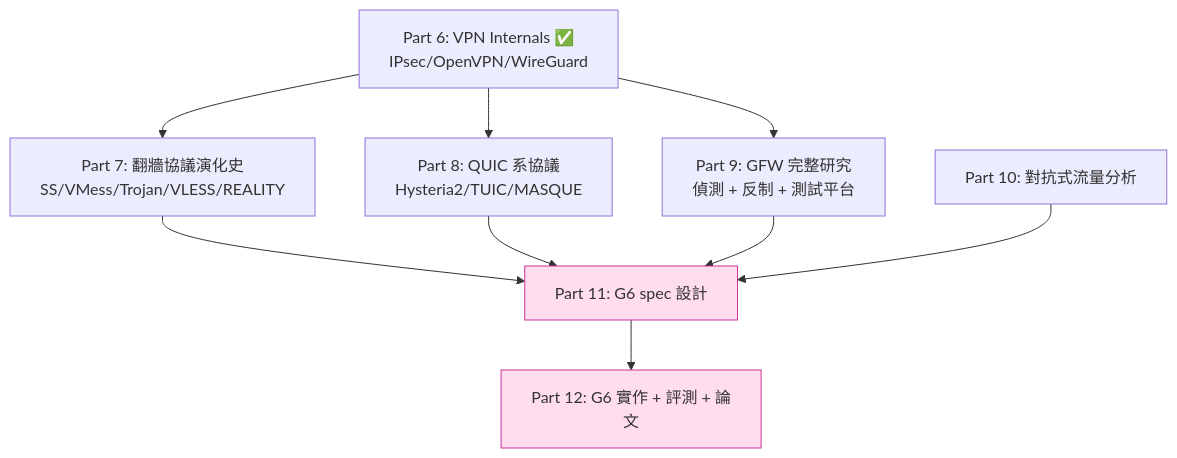
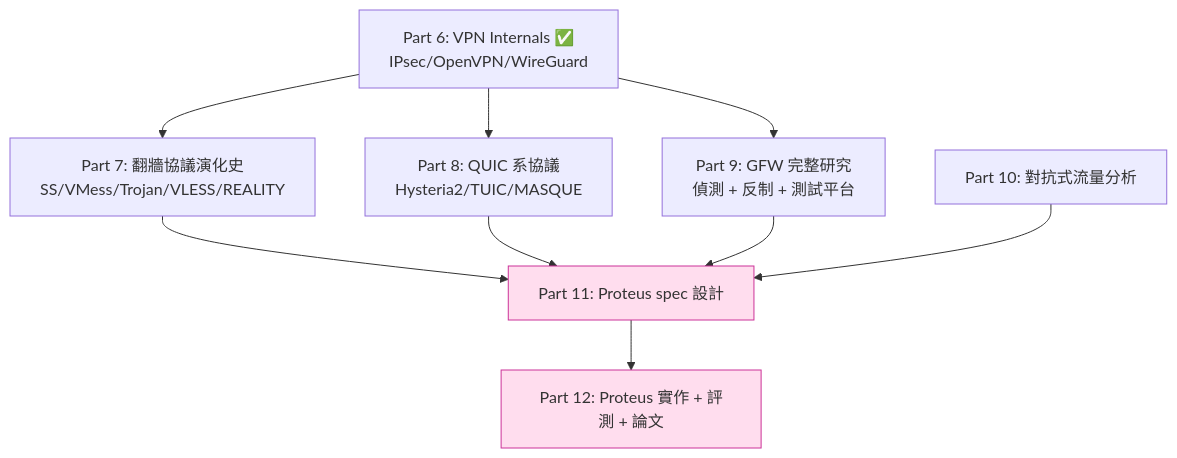
The diagram in lessons/part-6-vpn-internals/6.10-wireguard-lessons-for-our-protocol.md (Icarus603/network-from-scratch), drawn with Mermaid before and after one commit. The commit also changed other lines of this file and 300 other files, not shown here.

````diff
--- a/lessons/part-6-vpn-internals/6.10-wireguard-lessons-for-our-protocol.md
+++ b/lessons/part-6-vpn-internals/6.10-wireguard-lessons-for-our-protocol.md
@@ -185,22 +185,22 @@
 ```mermaid
 flowchart TD
     p6["Part 6: VPN Internals ✅<br/>IPsec/OpenVPN/WireGuard"]
     p7["Part 7: 翻牆協議演化史<br/>SS/VMess/Trojan/VLESS/REALITY"]
     p8["Part 8: QUIC 系協議<br/>Hysteria2/TUIC/MASQUE"]
     p9["Part 9: GFW 完整研究<br/>偵測 + 反制 + 測試平台"]
     p10["Part 10: 對抗式流量分析"]
-    p11["Part 11: G6 spec 設計"]
-    p12["Part 12: G6 實作 + 評測 + 論文"]
+    p11["Part 11: Proteus spec 設計"]
+    p12["Part 12: Proteus 實作 + 評測 + 論文"]
 
     p6 --> p7
     p6 --> p8
     p6 --> p9
     p7 --> p11
     p8 --> p11
     p9 --> p11
     p10 --> p11
     p11 --> p12
 
     classDef ours fill:#fde,stroke:#c39
     class p11,p12 ours
 ```
````
